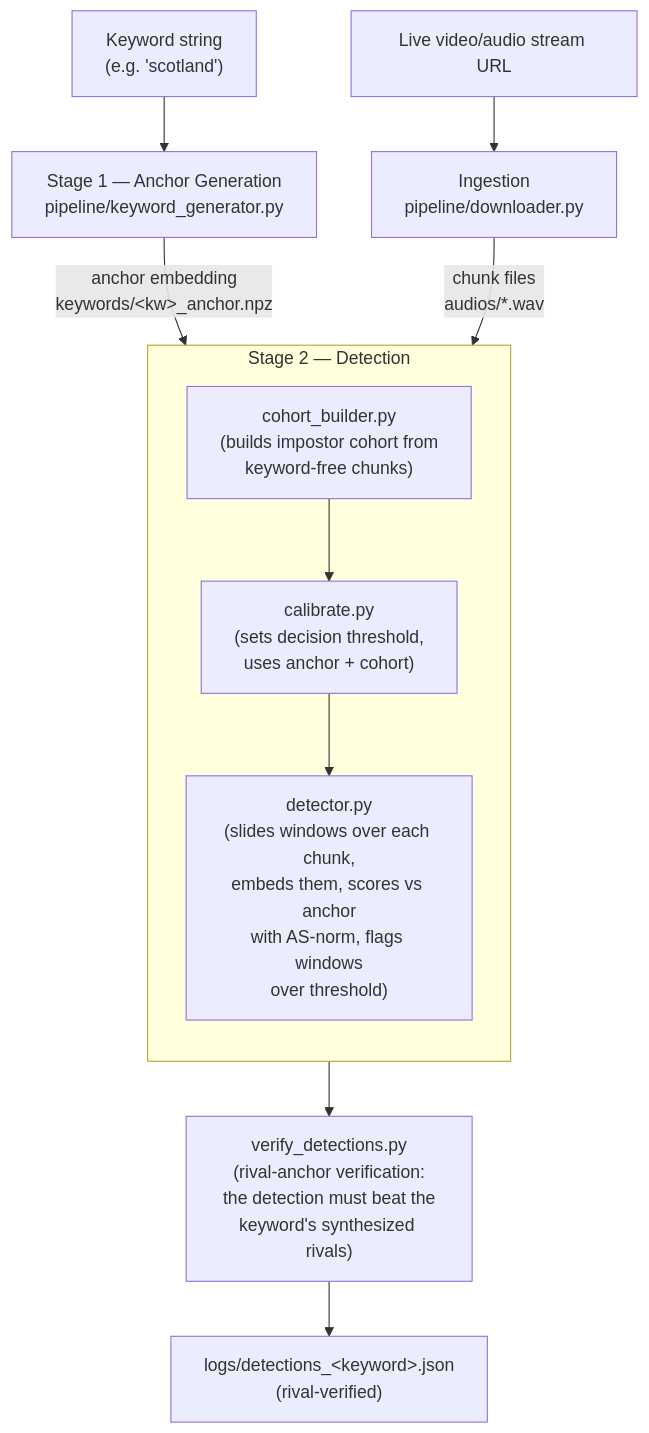
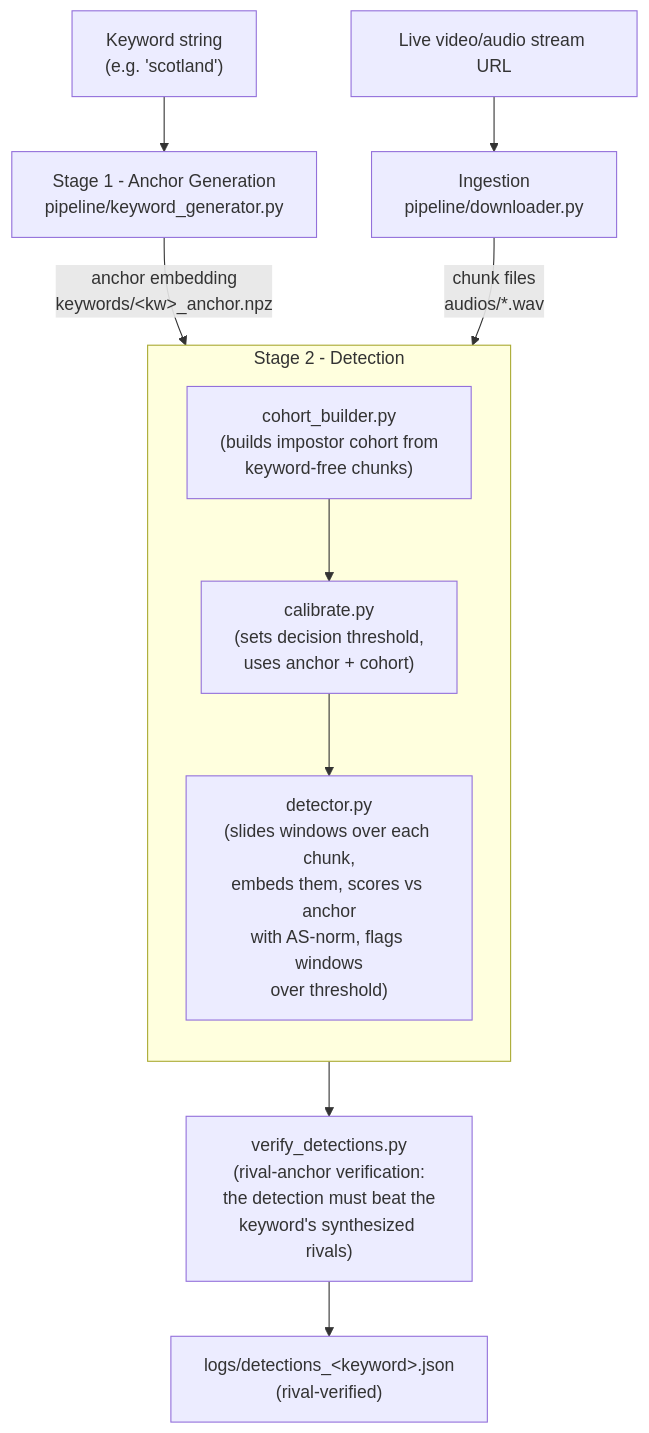
The first of 4 diagrams in Siamese_VMS_Project/reports/ARCHITECTURE.md (Fawwad795/Video-Context-Extraction-System), drawn with Mermaid before and after one commit. The commit also changed other lines of this file and 6 other files, not shown here.

````diff
--- a/Siamese_VMS_Project/reports/ARCHITECTURE.md
+++ b/Siamese_VMS_Project/reports/ARCHITECTURE.md
@@ -83,22 +83,22 @@
 ```mermaid
 flowchart TD
     KW["Keyword string\n(e.g. 'scotland')"]
     STREAM["Live video/audio stream URL"]
 
-    KW --> KG["Stage 1 — Anchor Generation\npipeline/keyword_generator.py"]
+    KW --> KG["Stage 1 - Anchor Generation\npipeline/keyword_generator.py"]
     STREAM --> DL["Ingestion\npipeline/downloader.py"]
 
     KG -->|anchor embedding\nkeywords/&lt;kw&gt;_anchor.npz| DET
     DL -->|chunk files\naudios/*.wav| DET
 
-    subgraph S2["Stage 2 — Detection"]
+    subgraph S2["Stage 2 - Detection"]
         direction TB
         CB["cohort_builder.py\n(builds impostor cohort from\nkeyword-free chunks)"]
         CAL["calibrate.py\n(sets decision threshold,\nuses anchor + cohort)"]
         DET["detector.py\n(slides windows over each chunk,\nembeds them, scores vs anchor\nwith AS-norm, flags windows\nover threshold)"]
         CB --> CAL --> DET
     end
 
     DET --> VER["verify_detections.py\n(rival-anchor verification:\nthe detection must beat the\nkeyword's synthesized rivals)"]
     VER --> OUT["logs/detections_&lt;keyword&gt;.json\n(rival-verified)"]
 ```
````
